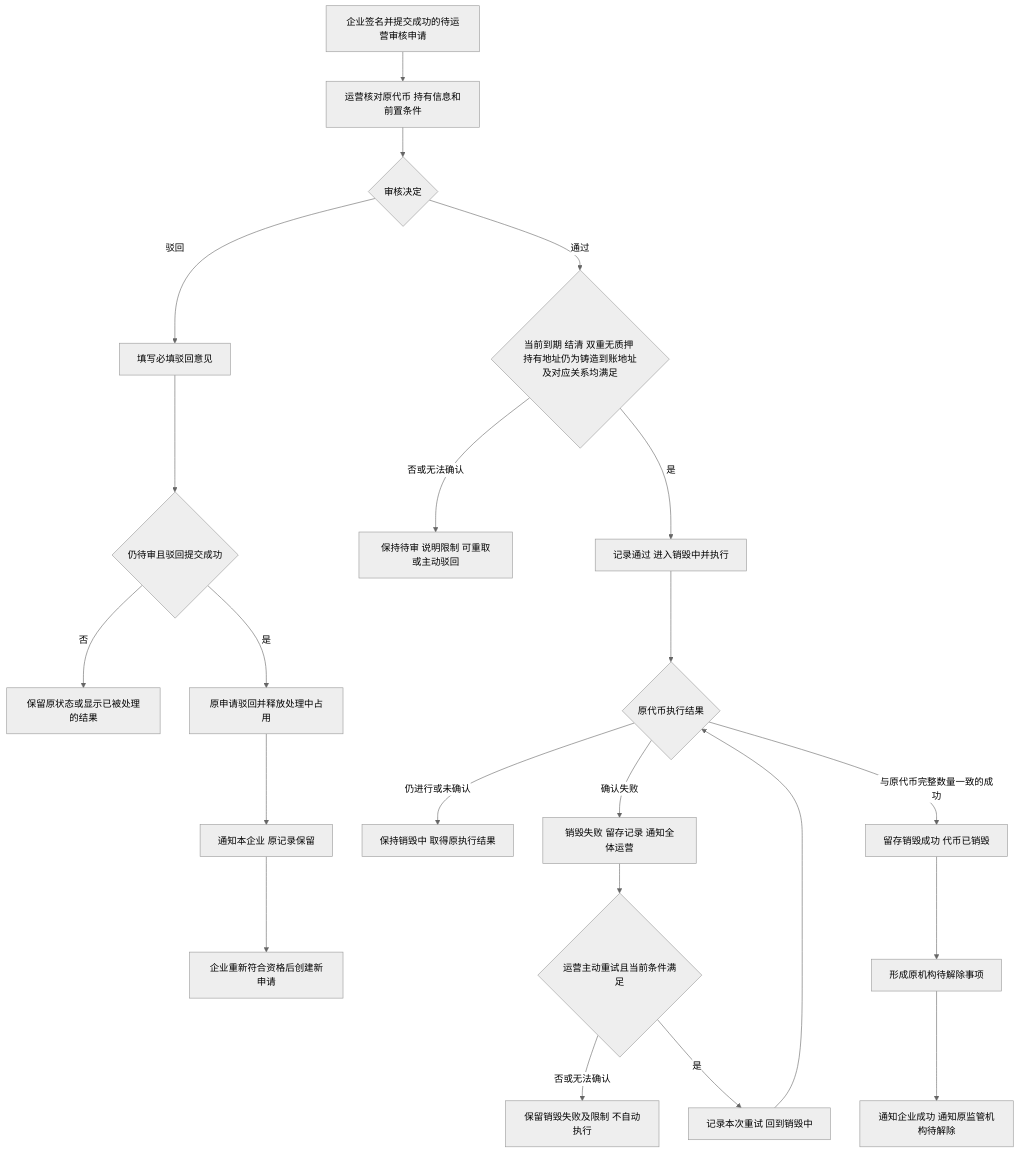
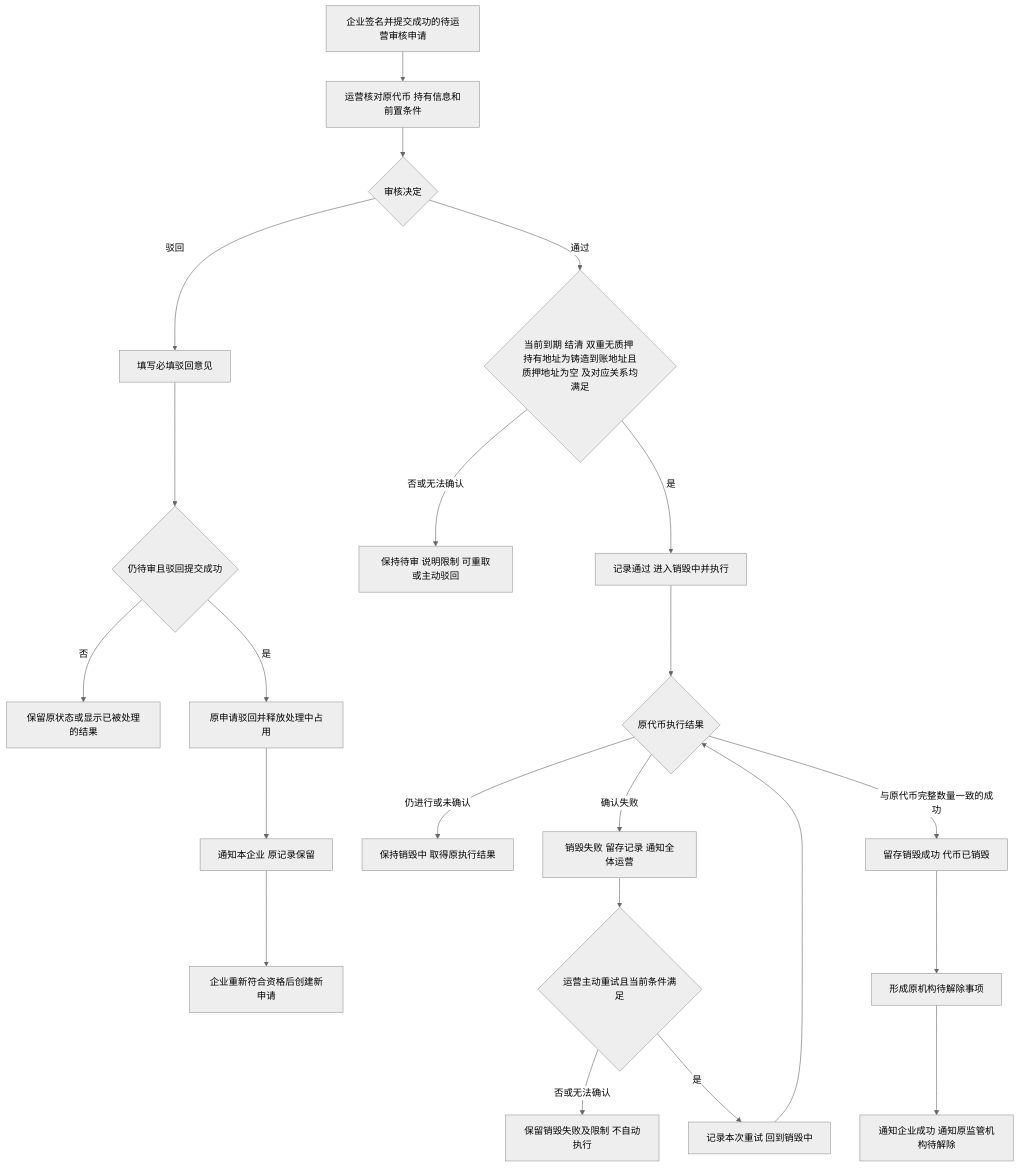
The first of 4 diagrams in token-issuance-platform/PRD/管理端/M4b-销毁审核与解除质押/02-销毁审核与解除质押-流程图与状态机.md (wxblockchain/Chain-Financing), drawn with Mermaid (neutral theme) before and after one commit. The commit also changed other lines of this file and 32 other files, not shown here.

````diff
--- a/token-issuance-platform/PRD/管理端/M4b-销毁审核与解除质押/02-销毁审核与解除质押-流程图与状态机.md
+++ b/token-issuance-platform/PRD/管理端/M4b-销毁审核与解除质押/02-销毁审核与解除质押-流程图与状态机.md
@@ -17,24 +17,24 @@
 ```mermaid
 flowchart TD
     A[企业签名并提交成功的待运营审核申请] --> B[运营核对原代币 持有信息和前置条件]
     B --> C{审核决定}
     C -->|驳回| D[填写必填驳回意见]
     D --> E{仍待审且驳回提交成功}
     E -->|否| F[保留原状态或显示已被处理的结果]
     E -->|是| G[原申请驳回并释放处理中占用]
     G --> H[通知本企业 原记录保留]
     H --> I[企业重新符合资格后创建新申请]
-    C -->|通过| J{当前到期 结清 双重无质押 持有地址仍为铸造到账地址及对应关系均满足}
+    C -->|通过| J{当前到期 结清 双重无质押 持有地址为铸造到账地址且质押地址为空 及对应关系均满足}
     J -->|否或无法确认| K[保持待审 说明限制 可重取或主动驳回]
     J -->|是| L[记录通过 进入销毁中并执行]
     L --> M{原代币执行结果}
     M -->|仍进行或未确认| N[保持销毁中 取得原执行结果]
     M -->|确认失败| O[销毁失败 留存记录 通知全体运营]
     O --> P{运营主动重试且当前条件满足}
     P -->|否或无法确认| Q[保留销毁失败及限制 不自动执行]
     P -->|是| R[记录本次重试 回到销毁中]
     R --> M
     M -->|与原代币完整数量一致的成功| S[留存销毁成功 代币已销毁]
     S --> T[形成原机构待解除事项]
     T --> U[通知企业成功 通知原监管机构待解除]
 ```
````
